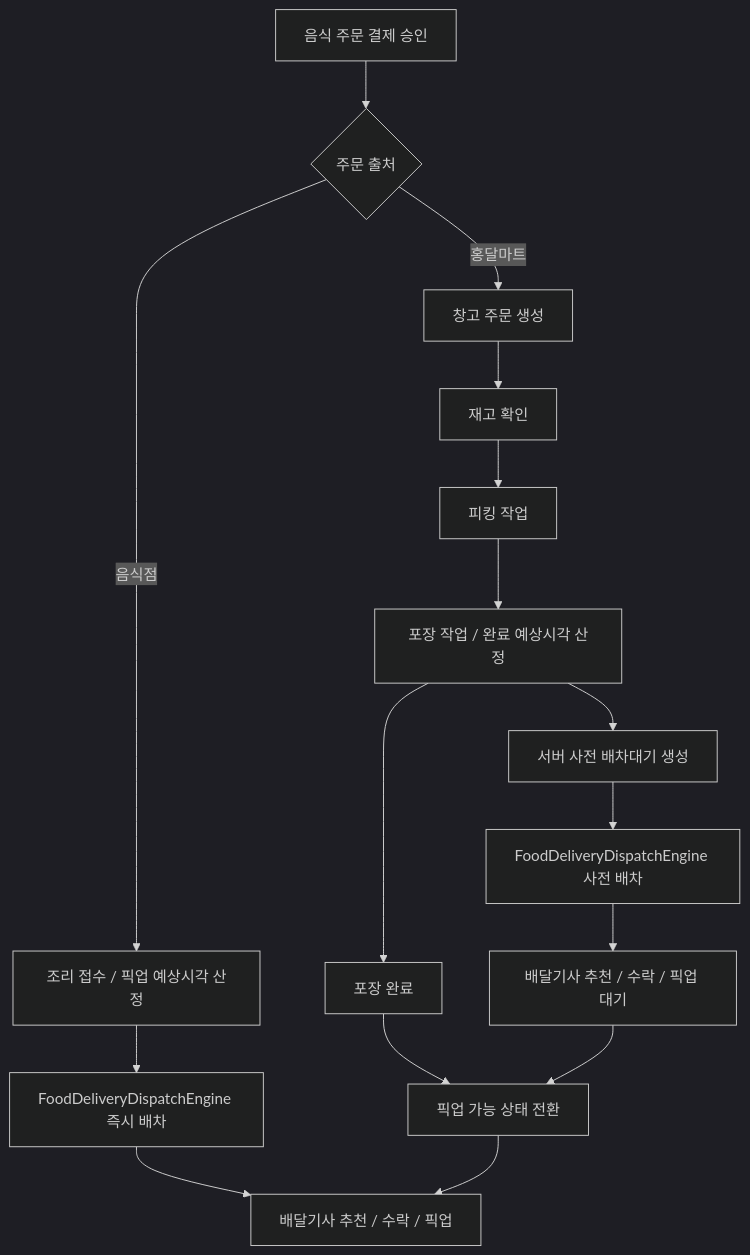
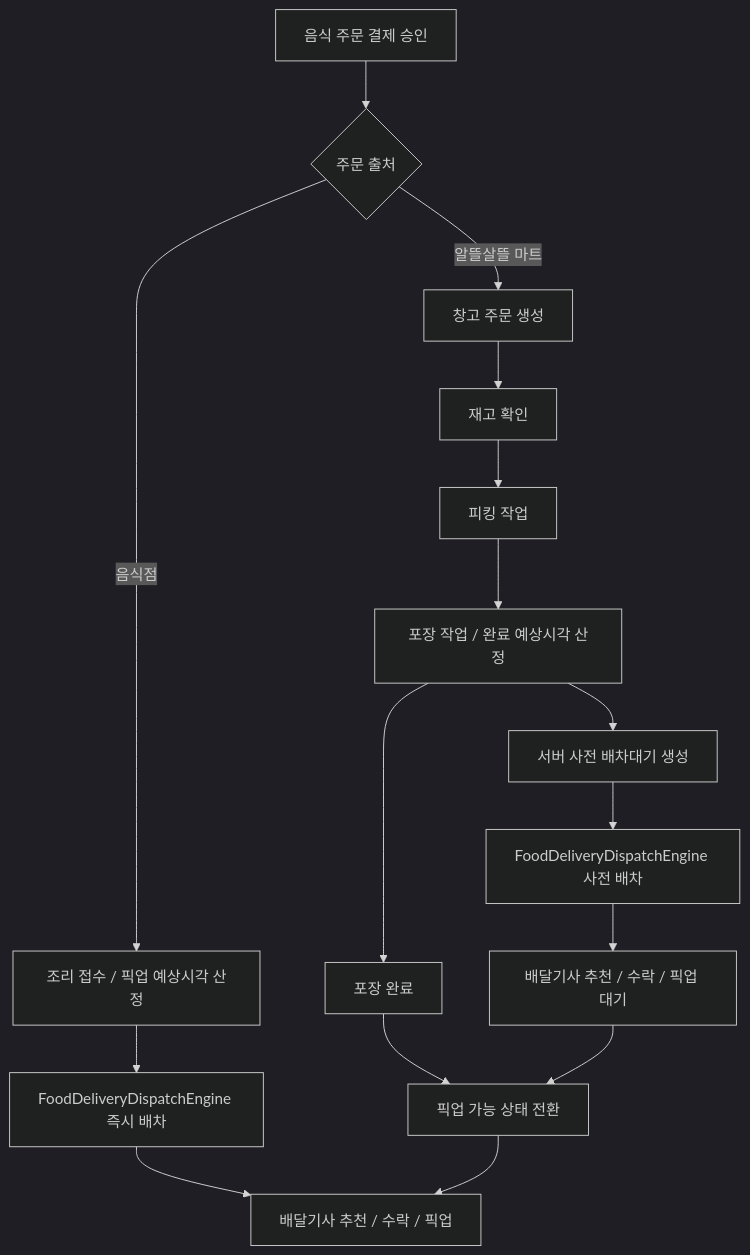
Before and after one commit to cheolwo/hongdal: the third of 3 diagrams in docs/ProjectOverview/dispatch-flows.md, drawn with Mermaid (dark theme). The commit also changed other lines of this file and 39 other files, not shown here.

````diff
--- a/docs/ProjectOverview/dispatch-flows.md
+++ b/docs/ProjectOverview/dispatch-flows.md
@@ -113,18 +113,18 @@
 ```mermaid
 flowchart TD
     A["음식 주문 결제 승인"] --> B{"주문 출처"}
     B -->|음식점| C["조리 접수 / 픽업 예상시각 산정"]
     C --> D["FoodDeliveryDispatchEngine 즉시 배차"]
-    B -->|홍달마트| E["창고 주문 생성"]
+    B -->|알뜰살뜰 마트| E["창고 주문 생성"]
     E --> F["재고 확인"]
     F --> G["피킹 작업"]
     G --> H["포장 작업 / 완료 예상시각 산정"]
     H --> I["서버 사전 배차대기 생성"]
     I --> J["FoodDeliveryDispatchEngine 사전 배차"]
     J --> K["배달기사 추천 / 수락 / 픽업 대기"]
     H --> L["포장 완료"]
     L --> M["픽업 가능 상태 전환"]
     D --> N["배달기사 추천 / 수락 / 픽업"]
     K --> M
     M --> N
 ```
````
